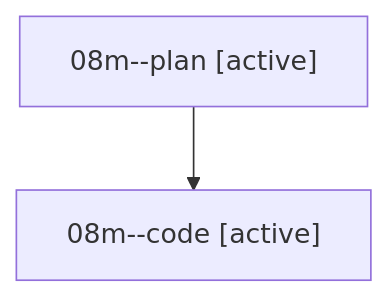
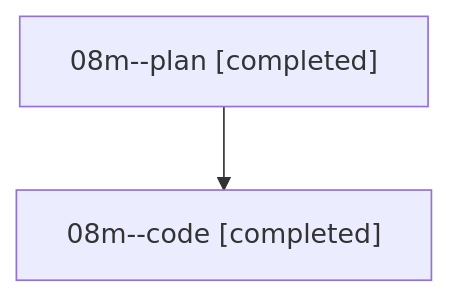
Before and after one commit to sase-org/sase--agents: the diagram in families/bbugyi200.athena.08m.md, drawn with Mermaid. The commit also changed other lines of this file and 136 other files, not shown here.

````diff
--- a/families/bbugyi200.athena.08m.md
+++ b/families/bbugyi200.athena.08m.md
@@ -9,6 +9,6 @@
 ```mermaid
 flowchart TD
-  n0["08m--plan [active]"]
-  n1["08m--code [active]"]
+  n0["08m--plan [completed]"]
+  n1["08m--code [completed]"]
   n0 --> n1
 ```
````
